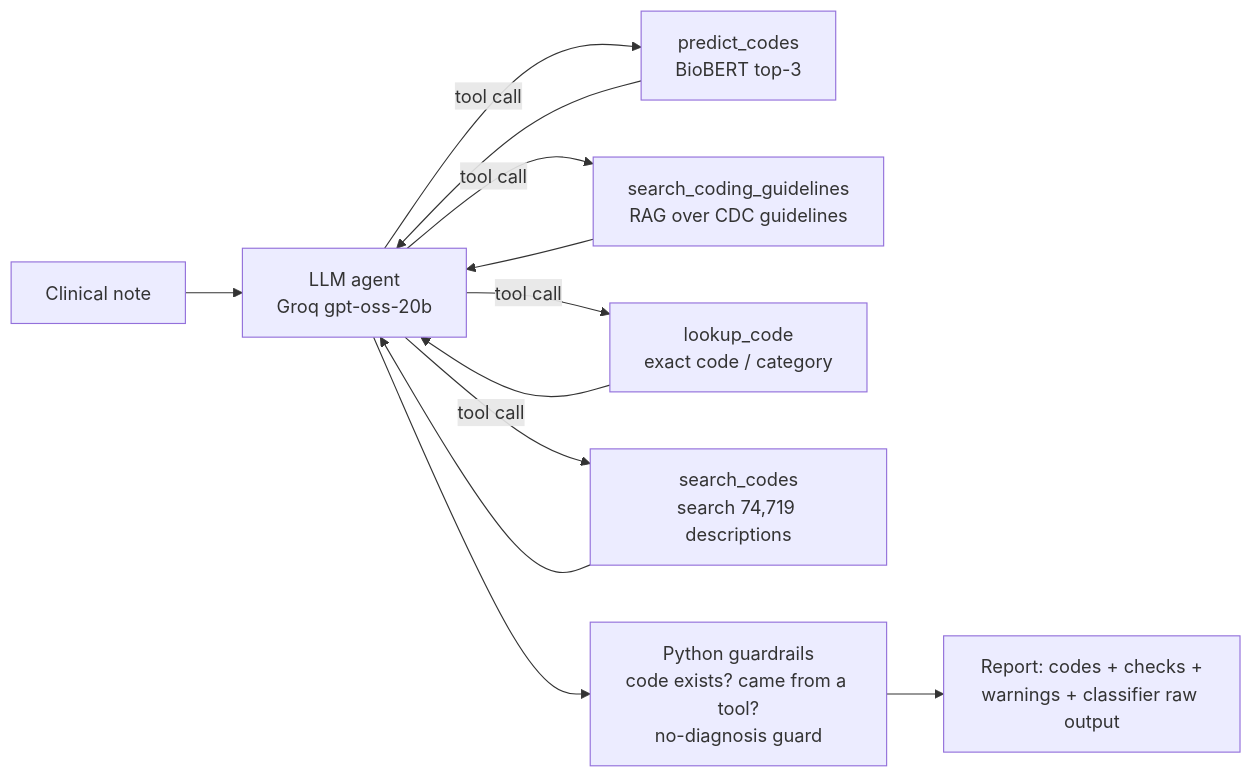
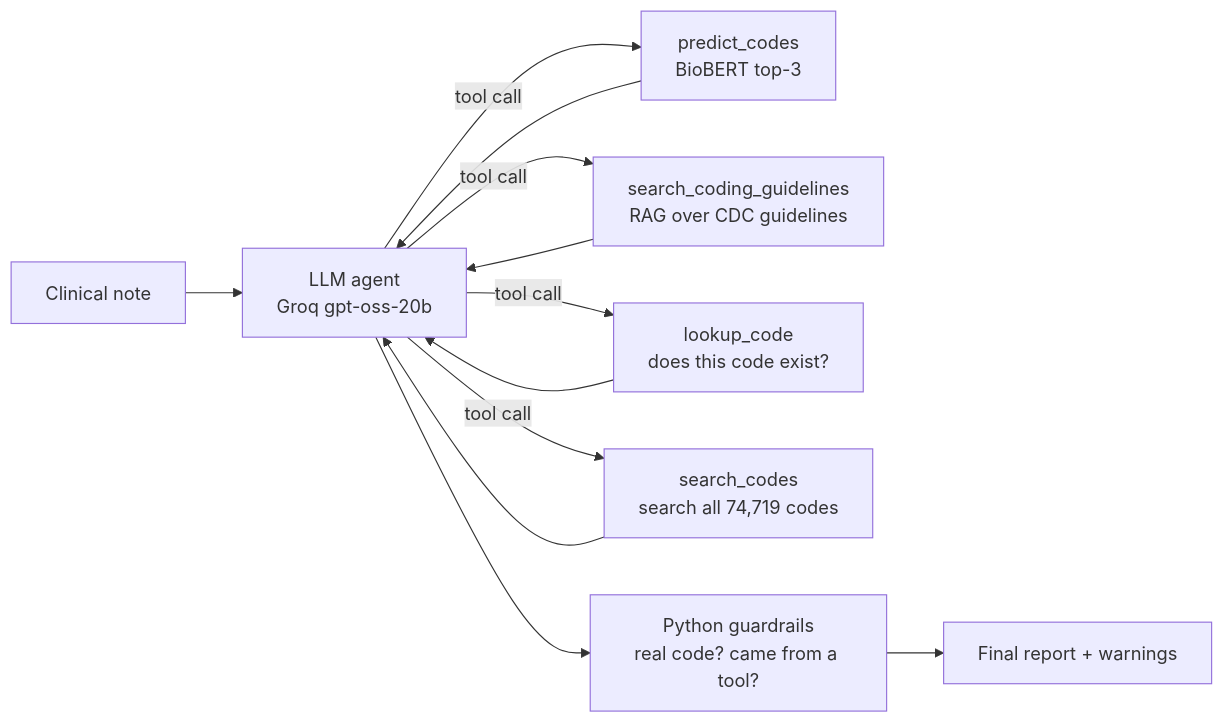
The diagram in README.md (PriyankaYadav23/ICD-10-Coding-Agent), drawn with Mermaid before and after one commit. The commit also changed other lines of this file and 1 other file, not shown here.

````diff
--- a/README.md
+++ b/README.md
@@ -34,11 +18,11 @@
 ```mermaid
 flowchart LR
     N[Clinical note] --> A[LLM agent<br/>Groq gpt-oss-20b]
     A -->|tool call| T1[predict_codes<br/>BioBERT top-3]
     A -->|tool call| T2[search_coding_guidelines<br/>RAG over CDC guidelines]
-    A -->|tool call| T3[lookup_code<br/>exact code / category]
-    A -->|tool call| T4[search_codes<br/>search 74,719 descriptions]
+    A -->|tool call| T3[lookup_code<br/>does this code exist?]
+    A -->|tool call| T4[search_codes<br/>search all 74,719 codes]
     T1 & T2 & T3 & T4 --> A
-    A --> G[Python guardrails<br/>code exists? came from a tool?<br/>no-diagnosis guard]
-    G --> R[Report: codes + checks +<br/>warnings + classifier raw output]
+    A --> G[Python guardrails<br/>real code? came from a tool?]
+    G --> R[Final report + warnings]
 ```
````
